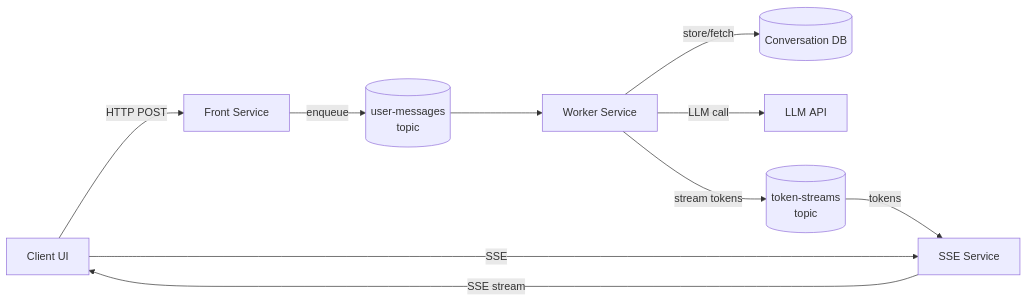
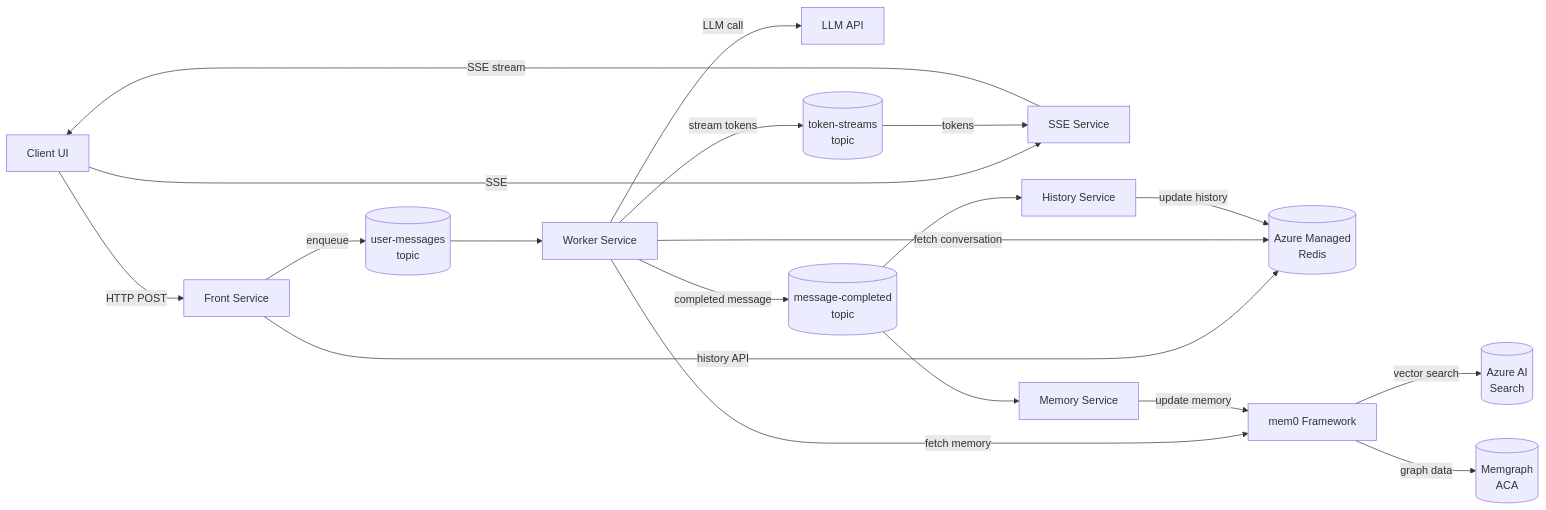
Before and after one commit to tkubica12/azure-workshops: the first of 2 diagrams in d-ai-app-patterns/scalable_chat/README.md, drawn with Mermaid. The commit also changed other lines of this file and 2 other files, not shown here.

````diff
--- a/d-ai-app-patterns/scalable_chat/README.md
+++ b/d-ai-app-patterns/scalable_chat/README.md
@@ -18,12 +24,21 @@
 ```mermaid
 flowchart LR
     Client[Client UI] -->|HTTP POST| Front[Front Service]
     Client -->|SSE| SSE[SSE Service]
     Front -->|enqueue| UserMsgTopic[(user-messages<br/>topic)]
+    Front -->|history API| Redis[(Azure Managed<br/>Redis)]
     UserMsgTopic --> Worker[Worker Service]
-    Worker -->|store/fetch| DB[(Conversation&nbsp;DB)]
+    Worker -->|fetch conversation| Redis
+    Worker -->|fetch memory| Mem0[mem0 Framework]
     Worker -->|LLM call| LLM[LLM&nbsp;API]
     Worker -->|stream tokens| TokenTopic[(token-streams<br/>topic)]
+    Worker -->|completed message| CompletedTopic[(message-completed<br/>topic)]
     TokenTopic -->|tokens| SSE
+    CompletedTopic --> HistoryService[History Service]
+    CompletedTopic --> MemoryService[Memory Service]
+    HistoryService -->|update history| Redis
+    MemoryService -->|update memory| Mem0
+    Mem0 -->|vector search| AISearch[(Azure AI<br/>Search)]
+    Mem0 -->|graph data| Memgraph[(Memgraph<br/>ACA)]
     SSE -->|SSE stream| Client
 ```
````
